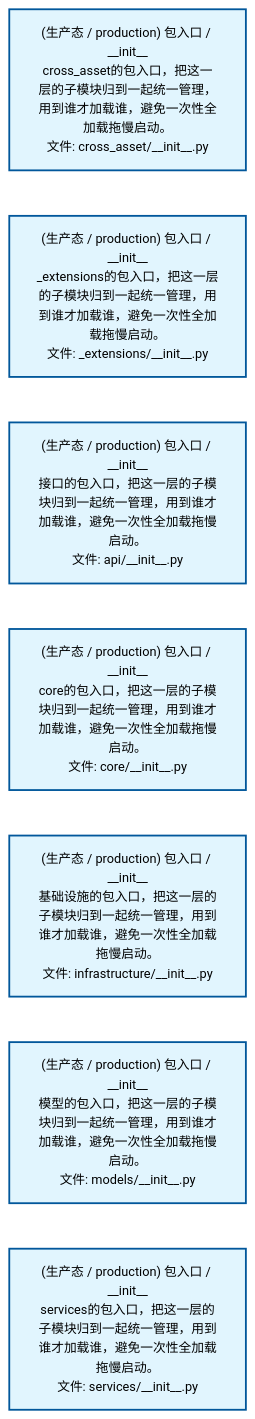
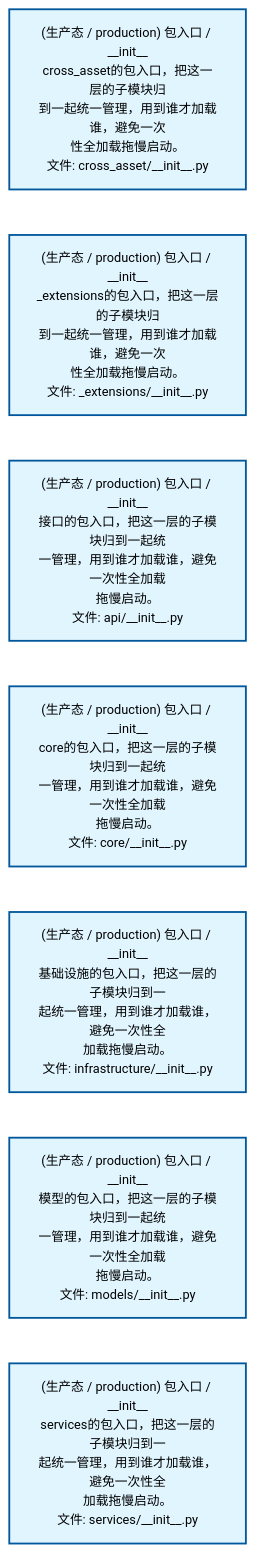
The second of 2 diagrams in docs/02_enterprise_architecture/02_domain_architecture_docs/40_d_cross_asset.md (xuanFelixVan/ZephyrAlpha), drawn with Mermaid before and after one commit. The commit also changed other lines of this file and 59 other files, not shown here.

````diff
--- a/docs/02_enterprise_architecture/02_domain_architecture_docs/40_d_cross_asset.md
+++ b/docs/02_enterprise_architecture/02_domain_architecture_docs/40_d_cross_asset.md
@@ -80,22 +80,22 @@
 ```mermaid
 %%{init: {'theme': 'base', 'themeVariables': {'primaryColor': '#eaeaea', 'primaryTextColor': '#333333', 'primaryBorderColor': '#666666', 'lineColor': '#666666', 'secondaryColor': '#eaeaea', 'tertiaryColor': '#eaeaea', 'fontSize': '14px'}}}%%
 flowchart TD
-    src_zephyr_cross_asset_init_py["(生产态 / production) 包入口 / __init__<br/>cross_asset的包入口，把这一层的子模块归到一起统一管理，用到谁才加载谁，避免一次性全加载拖慢启动。<br/>文件: cross_asset/__init__.py"]
-    src_zephyr_cross_asset_extensions_init_py["(生产态 / production) 包入口 / __init__<br/>_extensions的包入口，把这一层的子模块归到一起统一管理，用到谁才加载谁，避免一次性全加载拖慢启动。<br/>文件: _extensions/__init__.py"]
-    src_zephyr_cross_asset_api_init_py["(生产态 / production) 包入口 / __init__<br/>接口的包入口，把这一层的子模块归到一起统一管理，用到谁才加载谁，避免一次性全加载拖慢启动。<br/>文件: api/__init__.py"]
-    src_zephyr_cross_asset_core_init_py["(生产态 / production) 包入口 / __init__<br/>core的包入口，把这一层的子模块归到一起统一管理，用到谁才加载谁，避免一次性全加载拖慢启动。<br/>文件: core/__init__.py"]
-    src_zephyr_cross_asset_infrastructure_init_py["(生产态 / production) 包入口 / __init__<br/>基础设施的包入口，把这一层的子模块归到一起统一管理，用到谁才加载谁，避免一次性全加载拖慢启动。<br/>文件: infrastructure/__init__.py"]
-    src_zephyr_cross_asset_models_init_py["(生产态 / production) 包入口 / __init__<br/>模型的包入口，把这一层的子模块归到一起统一管理，用到谁才加载谁，避免一次性全加载拖慢启动。<br/>文件: models/__init__.py"]
-    src_zephyr_cross_asset_services_init_py["(生产态 / production) 包入口 / __init__<br/>services的包入口，把这一层的子模块归到一起统一管理，用到谁才加载谁，避免一次性全加载拖慢启动。<br/>文件: services/__init__.py"]
+    src_zephyr_cross_asset_init_py["(生产态 / production) 包入口 / __init__<br/>cross_asset的包入口，把这一层的子模块归<br/>到一起统一管理，用到谁才加载谁，避免一次<br/>性全加载拖慢启动。<br/>文件: cross_asset/__init__.py"]
+    src_zephyr_cross_asset_extensions_init_py["(生产态 / production) 包入口 / __init__<br/>_extensions的包入口，把这一层的子模块归<br/>到一起统一管理，用到谁才加载谁，避免一次<br/>性全加载拖慢启动。<br/>文件: _extensions/__init__.py"]
+    src_zephyr_cross_asset_api_init_py["(生产态 / production) 包入口 / __init__<br/>接口的包入口，把这一层的子模块归到一起统<br/>一管理，用到谁才加载谁，避免一次性全加载<br/>拖慢启动。<br/>文件: api/__init__.py"]
+    src_zephyr_cross_asset_core_init_py["(生产态 / production) 包入口 / __init__<br/>core的包入口，把这一层的子模块归到一起统<br/>一管理，用到谁才加载谁，避免一次性全加载<br/>拖慢启动。<br/>文件: core/__init__.py"]
+    src_zephyr_cross_asset_infrastructure_init_py["(生产态 / production) 包入口 / __init__<br/>基础设施的包入口，把这一层的子模块归到一<br/>起统一管理，用到谁才加载谁，避免一次性全<br/>加载拖慢启动。<br/>文件: infrastructure/__init__.py"]
+    src_zephyr_cross_asset_models_init_py["(生产态 / production) 包入口 / __init__<br/>模型的包入口，把这一层的子模块归到一起统<br/>一管理，用到谁才加载谁，避免一次性全加载<br/>拖慢启动。<br/>文件: models/__init__.py"]
+    src_zephyr_cross_asset_services_init_py["(生产态 / production) 包入口 / __init__<br/>services的包入口，把这一层的子模块归到一<br/>起统一管理，用到谁才加载谁，避免一次性全<br/>加载拖慢启动。<br/>文件: services/__init__.py"]
     src_zephyr_cross_asset_init_py ~~~ src_zephyr_cross_asset_extensions_init_py
     src_zephyr_cross_asset_extensions_init_py ~~~ src_zephyr_cross_asset_api_init_py
     src_zephyr_cross_asset_api_init_py ~~~ src_zephyr_cross_asset_core_init_py
     src_zephyr_cross_asset_core_init_py ~~~ src_zephyr_cross_asset_infrastructure_init_py
     src_zephyr_cross_asset_infrastructure_init_py ~~~ src_zephyr_cross_asset_models_init_py
     src_zephyr_cross_asset_models_init_py ~~~ src_zephyr_cross_asset_services_init_py
     classDef production fill:#e1f5fe,stroke:#01579b,stroke-width:2px,color:#000
     classDef design fill:#fff3e0,stroke:#e65100,stroke-width:2px,color:#000,stroke-dasharray: 5 5
     classDef external_prod fill:#e8f4fd,stroke:#0277bd,stroke-width:1px,color:#000
     classDef external_design fill:#fff8e7,stroke:#ef6c00,stroke-width:1px,color:#000,stroke-dasharray: 5 5
     class src_zephyr_cross_asset_init_py,src_zephyr_cross_asset_extensions_init_py,src_zephyr_cross_asset_api_init_py,src_zephyr_cross_asset_core_init_py,src_zephyr_cross_asset_infrastructure_init_py,src_zephyr_cross_asset_models_init_py,src_zephyr_cross_asset_services_init_py production
 ```
````
